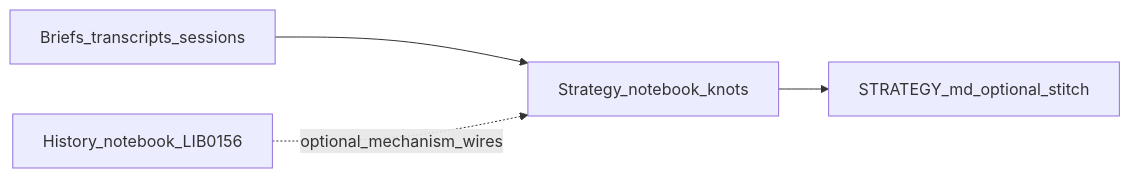
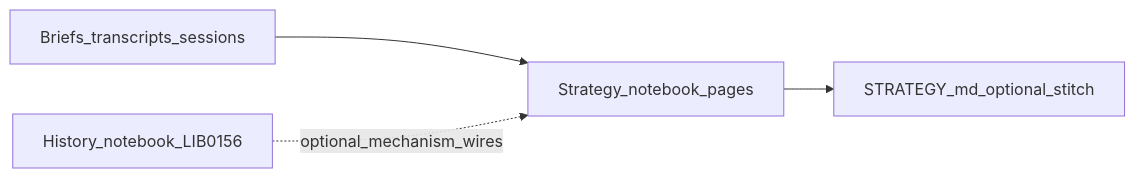
Before and after one commit to rbtkhn/grace-mar: the first of 2 diagrams in docs/skill-work/work-strategy/strategy-notebook/STRATEGY-NOTEBOOK-ARCHITECTURE.md, drawn with Mermaid. The commit also changed other lines of this file and 66 other files, not shown here.

First line of the commit message:
Strategy notebook: chapter/day terminology, page templates, knot retirement

````diff
--- a/docs/skill-work/work-strategy/strategy-notebook/STRATEGY-NOTEBOOK-ARCHITECTURE.md
+++ b/docs/skill-work/work-strategy/strategy-notebook/STRATEGY-NOTEBOOK-ARCHITECTURE.md
@@ -277,10 +295,10 @@
 ```mermaid
 flowchart LR
   inputs[Briefs_transcripts_sessions]
   hn[History_notebook_LIB0156]
-  nb[Strategy_notebook_knots]
+  nb[Strategy_notebook_pages]
   st[STRATEGY_md_optional_stitch]
   inputs --> nb
   hn -.->|optional_mechanism_wires| nb
   nb --> st
 ```
````
